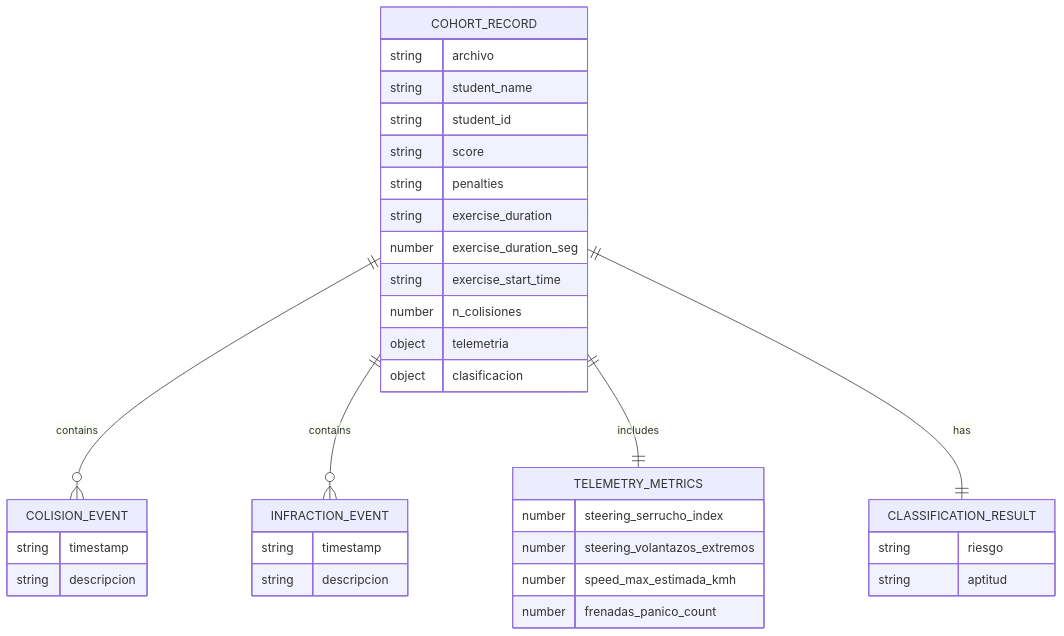
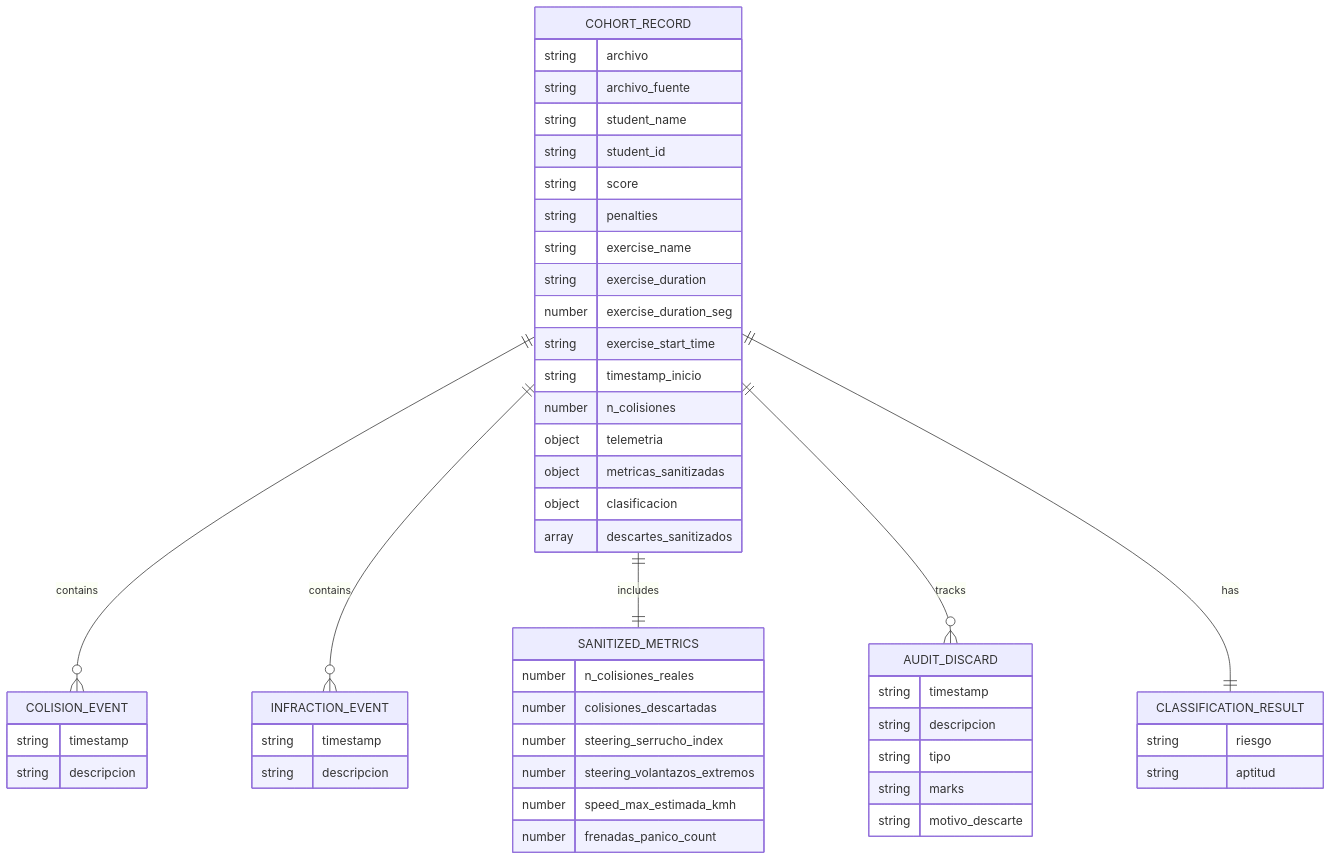
The fourth of 6 diagrams in .qoder/repowiki/en/content/Core Services & Business Logic/Telemetry Processing Engine.md (AgusCatra/simu-twin-web), drawn with Mermaid before and after one commit. The commit also changed other lines of this file and 25 other files, not shown here.

````diff
--- a/.qoder/repowiki/en/content/Core Services & Business Logic/Telemetry Processing Engine.md
+++ b/.qoder/repowiki/en/content/Core Services & Business Logic/Telemetry Processing Engine.md
@@ -313,38 +373,53 @@
 ```mermaid
 erDiagram
 COHORT_RECORD {
 string archivo
+string archivo_fuente
 string student_name
 string student_id
 string score
 string penalties
+string exercise_name
 string exercise_duration
 number exercise_duration_seg
 string exercise_start_time
+string timestamp_inicio
 number n_colisiones
 object telemetria
+object metricas_sanitizadas
 object clasificacion
+array descartes_sanitizados
 }
 COLISION_EVENT {
 string timestamp
 string descripcion
 }
 INFRACTION_EVENT {
 string timestamp
 string descripcion
 }
-TELEMETRY_METRICS {
+SANITIZED_METRICS {
+number n_colisiones_reales
+number colisiones_descartadas
 number steering_serrucho_index
 number steering_volantazos_extremos
 number speed_max_estimada_kmh
 number frenadas_panico_count
+}
+AUDIT_DISCARD {
+string timestamp
+string descripcion
+string tipo
+string marks
+string motivo_descarte
 }
 CLASSIFICATION_RESULT {
 string riesgo
 string aptitud
 }
 COHORT_RECORD ||--o{ COLISION_EVENT : "contains"
 COHORT_RECORD ||--o{ INFRACTION_EVENT : "contains"
-COHORT_RECORD ||--|| TELEMETRY_METRICS : "includes"
+COHORT_RECORD ||--|| SANITIZED_METRICS : "includes"
+COHORT_RECORD ||--o{ AUDIT_DISCARD : "tracks"
 COHORT_RECORD ||--|| CLASSIFICATION_RESULT : "has"
 ```
````
